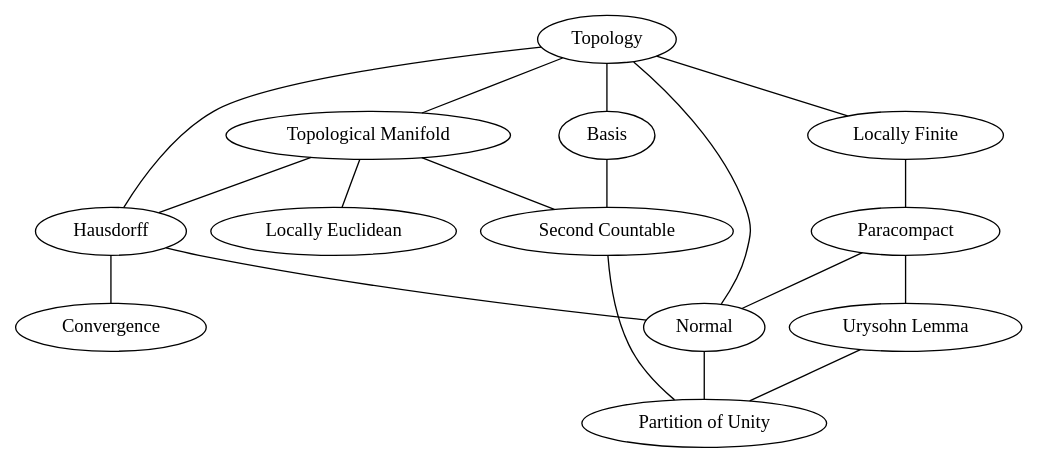
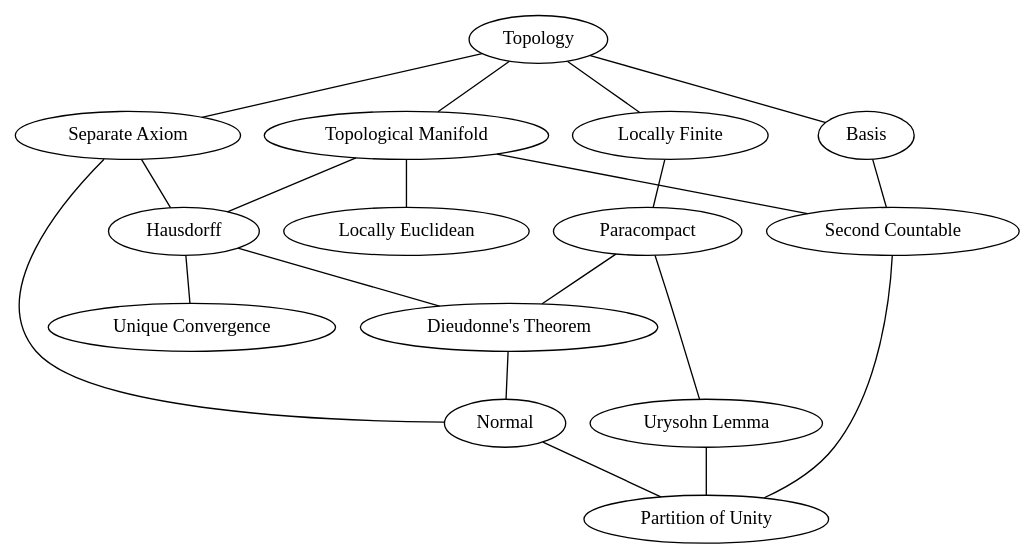
One commit to Axect/Physics2018 changed the diagram in GR/chap1.dot. Above: the diagram before and after it, drawn with Graphviz. The commit also changed 5 other files, not shown here.

```diff
--- a/GR/chap1.dot
+++ b/GR/chap1.dot
@@ -1,19 +1,21 @@
 graph G {
     "Topological Manifold" -- Hausdorff;
     "Topological Manifold" -- "Locally Euclidean";
     "Topological Manifold" -- "Second Countable";
     Topology -- "Topological Manifold";
-    Topology -- Hausdorff;
     Topology -- Basis;
     Topology -- "Locally Finite";
     "Locally Finite" -- Paracompact;
     Basis -- "Second Countable";
-    Hausdorff -- Convergence;
+    Hausdorff -- "Unique Convergence";
     Paracompact -- "Urysohn Lemma";
     "Urysohn Lemma" -- "Partition of Unity";
     "Second Countable" -- "Partition of Unity";
-    Topology -- Normal;
-    Hausdorff -- Normal;
-    Paracompact -- Normal;
     Normal -- "Partition of Unity";
+    Hausdorff -- "Dieudonne's Theorem";
+    Paracompact -- "Dieudonne's Theorem";
+    "Dieudonne's Theorem" -- Normal;
+    Topology -- "Separate Axiom";
+    "Separate Axiom" -- Hausdorff;
+    "Separate Axiom" -- Normal;
 }
```
